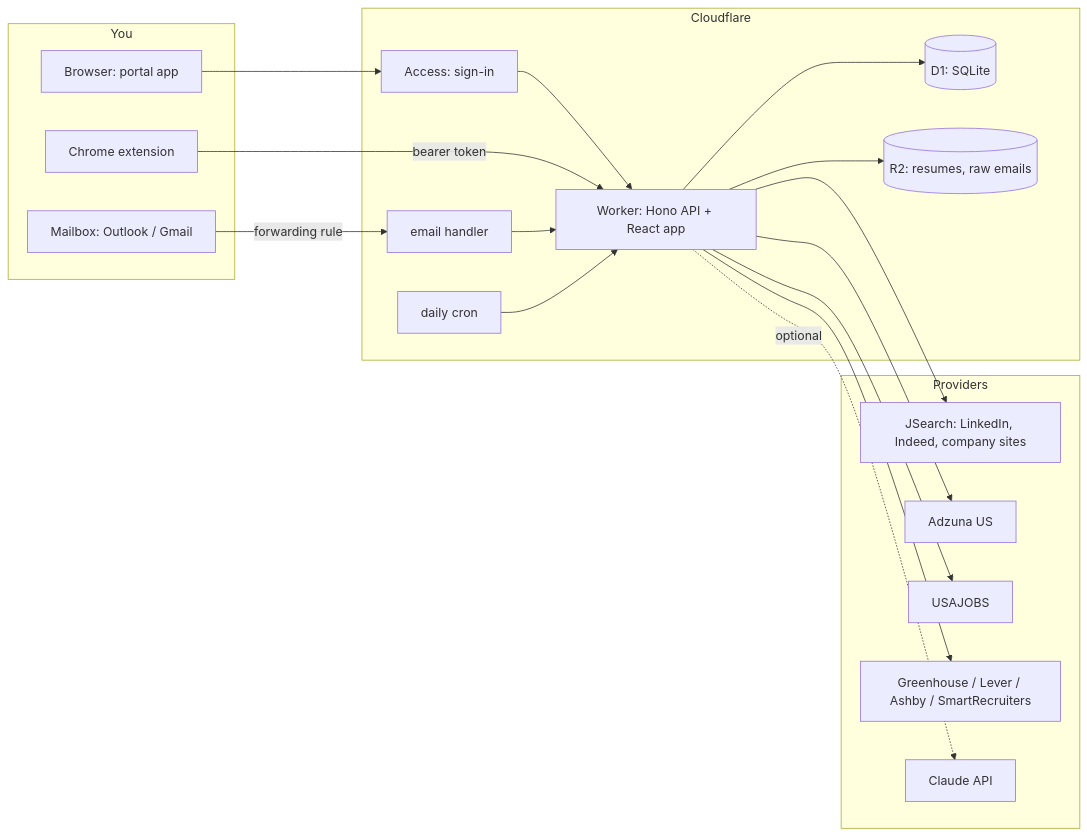
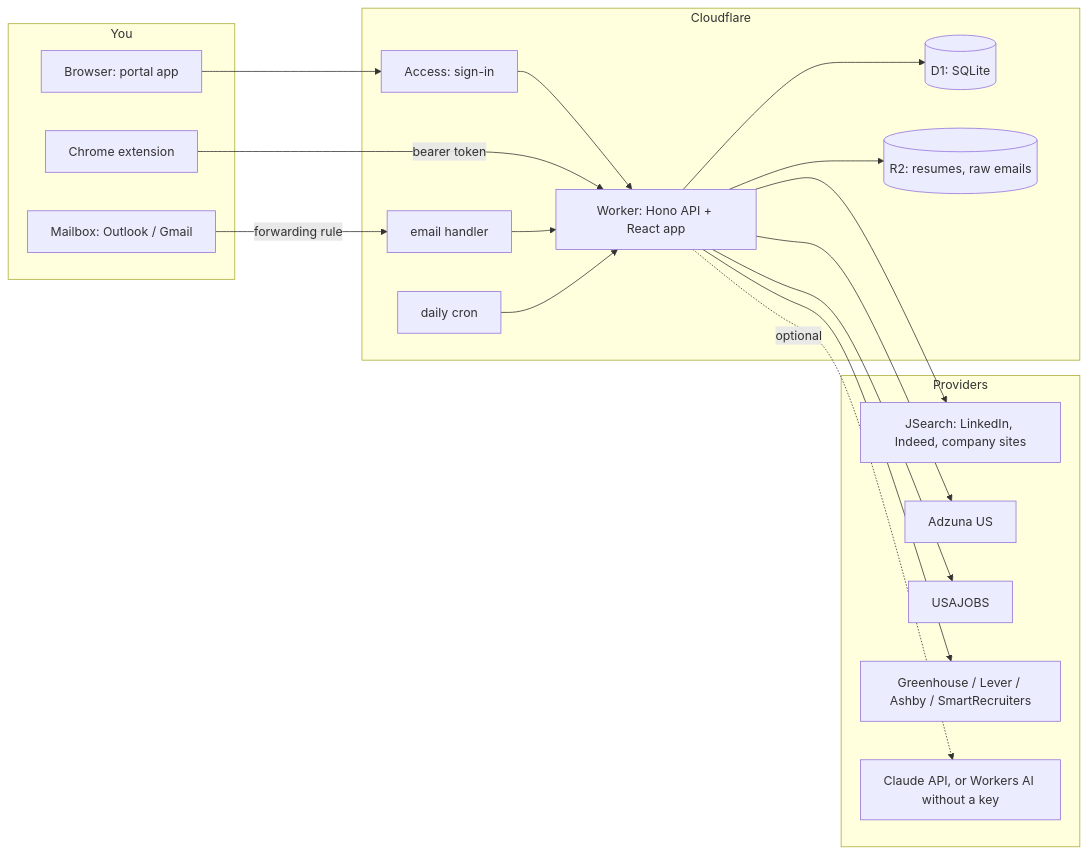
Before and after one commit to syl0523/resume-submission-portal: the first of 3 diagrams in docs/architecture.md, drawn with Mermaid. The commit also changed 8 other files, not shown here.

First line of the commit message:
KAN-67: local dev without Cloudflare sign-in, docs for the Workers AI engine

````diff
--- a/docs/architecture.md
+++ b/docs/architecture.md
@@ -30,32 +30,32 @@
 ```mermaid
 flowchart LR
   subgraph You
     B[Browser: portal app]
     X[Chrome extension]
     M[Mailbox: Outlook / Gmail]
   end
   subgraph Cloudflare
     A[Access: sign-in]
     W[Worker: Hono API + React app]
     E[email handler]
     C[daily cron]
     D[(D1: SQLite)]
     R[(R2: resumes, raw emails)]
   end
   subgraph Providers
     J[JSearch: LinkedIn, Indeed, company sites]
     Z[Adzuna US]
     U[USAJOBS]
     G[Greenhouse / Lever / Ashby / SmartRecruiters]
-    AI[Claude API]
+    AI[Claude API, or Workers AI without a key]
   end
   B --> A --> W
   X -- bearer token --> W
   M -- forwarding rule --> E
   E --> W
   C --> W
   W --> D
   W --> R
   W --> J & Z & U & G
   W -. optional .-> AI
 ```
````
